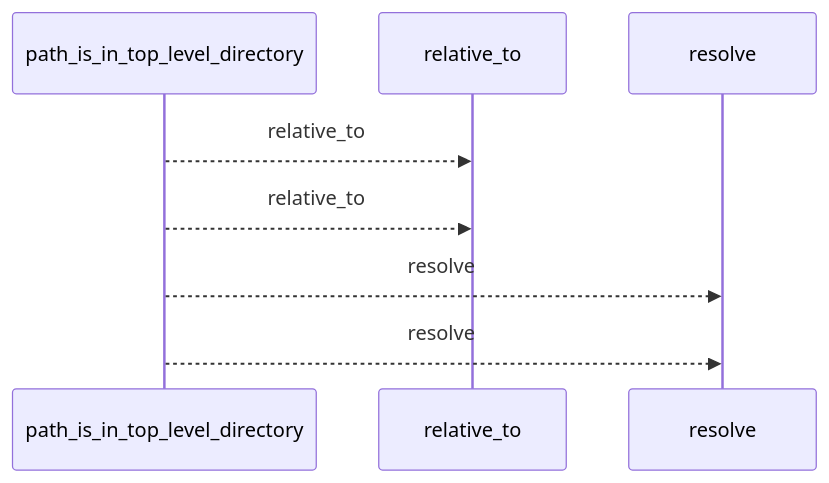
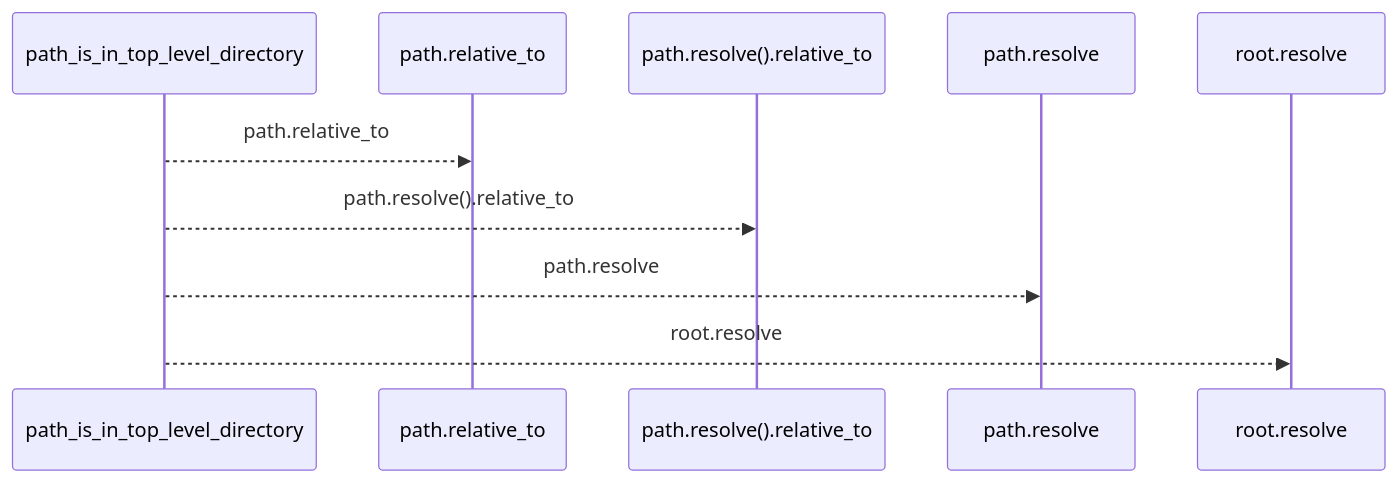
Before and after one commit to Denissvgn/python-wiki-llm: the first of 2 diagrams in docs/llm_wiki/flows/api-path_is_in_top_level_directory.md, drawn with Mermaid. The commit also changed other lines of this file and 719 other files, not shown here.

````diff
--- a/docs/llm_wiki/flows/api-path_is_in_top_level_directory.md
+++ b/docs/llm_wiki/flows/api-path_is_in_top_level_directory.md
@@ -10,10 +10,12 @@
 ```mermaid
 sequenceDiagram
     participant p0 as path_is_in_top_level_directory
-    participant p1 as relative_to
-    participant p2 as resolve
-    p0-->>p1: relative_to
-    p0-->>p1: relative_to
-    p0-->>p2: resolve
-    p0-->>p2: resolve
+    participant p1 as path.relative_to
+    participant p2 as path.resolve().relative_to
+    participant p3 as path.resolve
+    participant p4 as root.resolve
+    p0-->>p1: path.relative_to
+    p0-->>p2: path.resolve().relative_to
+    p0-->>p3: path.resolve
+    p0-->>p4: root.resolve
 ```
````
